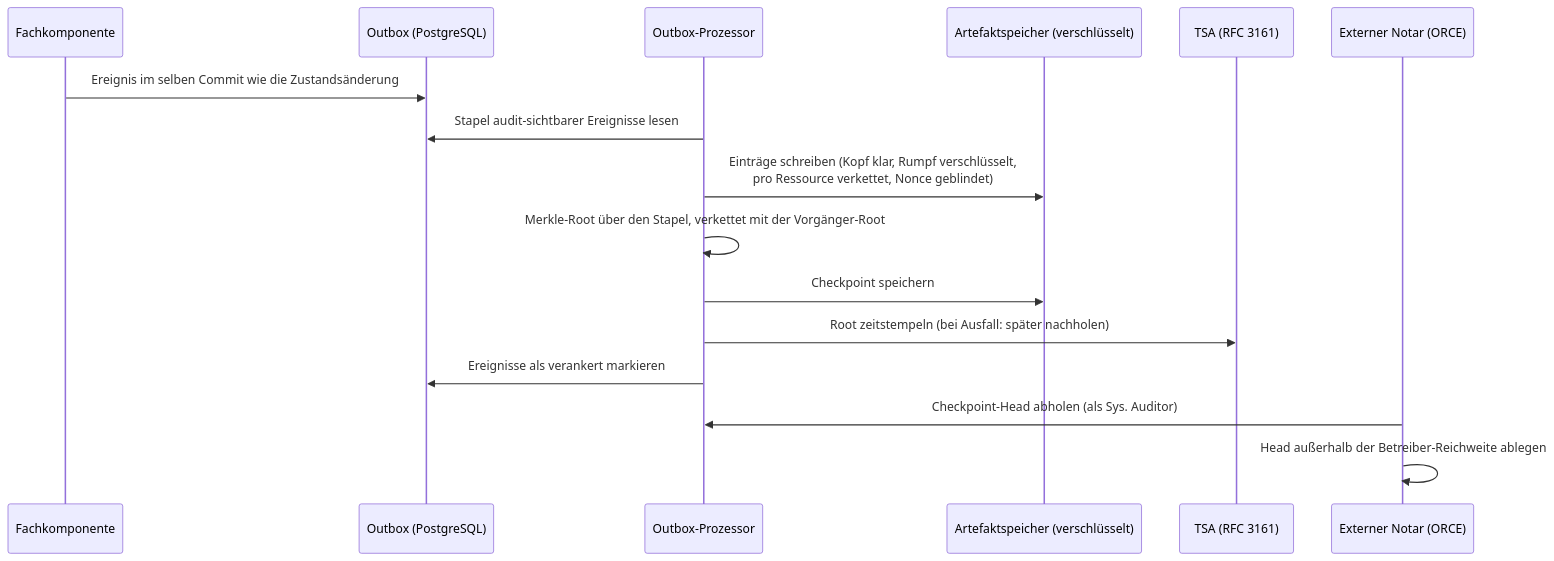
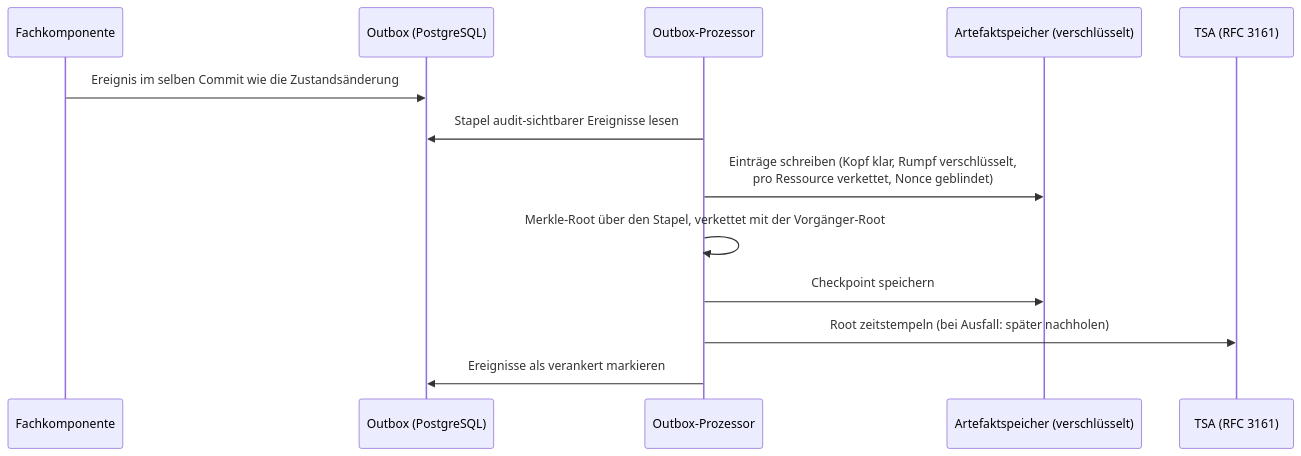
Before and after one commit to arnemileswinter/facis-dcs: the diagram in docs/technical-manual/09-audit-und-compliance.md, drawn with Mermaid. The commit also changed other lines of this file and 29 other files, not shown here.

````diff
--- a/docs/technical-manual/09-audit-und-compliance.md
+++ b/docs/technical-manual/09-audit-und-compliance.md
@@ -107,19 +68,16 @@
 ```mermaid
 sequenceDiagram
     participant FK as Fachkomponente
     participant OB as Outbox (PostgreSQL)
     participant OP as Outbox-Prozessor
     participant ST as Artefaktspeicher (verschlüsselt)
     participant TSA as TSA (RFC 3161)
-    participant N as Externer Notar (ORCE)
 
     FK->>OB: Ereignis im selben Commit wie die Zustandsänderung
     OP->>OB: Stapel audit-sichtbarer Ereignisse lesen
     OP->>ST: Einträge schreiben (Kopf klar, Rumpf verschlüsselt,<br/>pro Ressource verkettet, Nonce geblindet)
     OP->>OP: Merkle-Root über den Stapel, verkettet mit der Vorgänger-Root
     OP->>ST: Checkpoint speichern
     OP->>TSA: Root zeitstempeln (bei Ausfall: später nachholen)
     OP->>OB: Ereignisse als verankert markieren
-    N->>OP: Checkpoint-Head abholen (als Sys. Auditor)
-    N->>N: Head außerhalb der Betreiber-Reichweite ablegen
 ```
````
